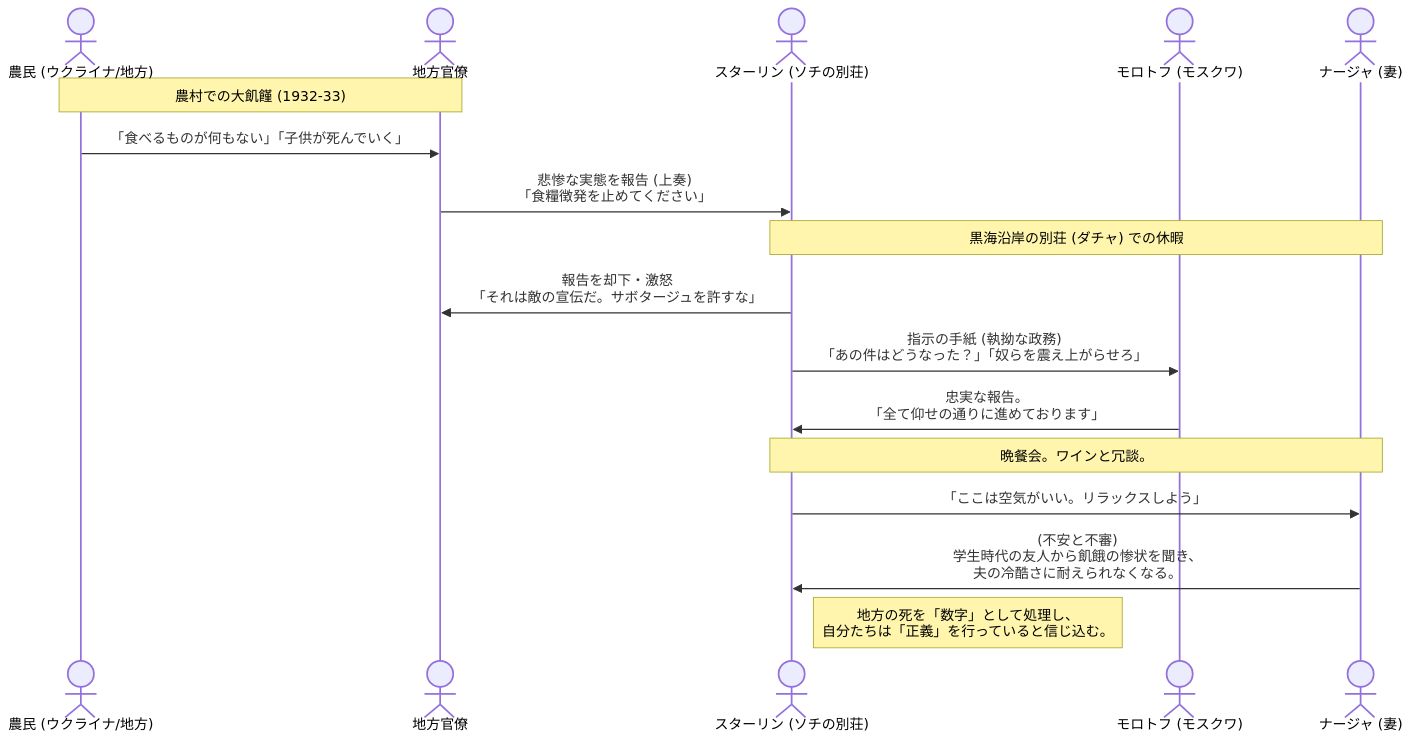
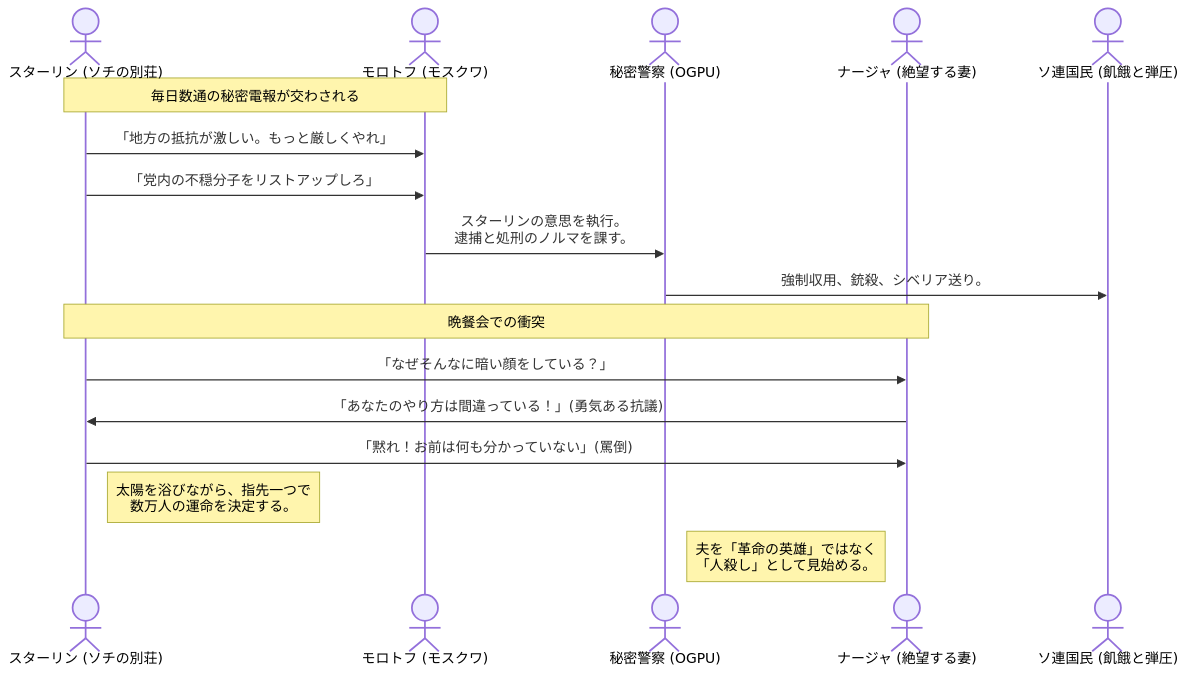
The diagram in 02_zettelkasten/21_domain/books/スターリン 赤い皇帝と廷臣たち/第4章 大飢饉と別荘暮らし.md (aokicreativeoffice/AokiCreativeOfficeGTD), drawn with Mermaid before and after one commit. The commit also changed other lines of this file and 1 other file, not shown here.

Commit message:
vault backup: 2026-03-26 14:05:38

````diff
--- a/02_zettelkasten/21_domain/books/スターリン 赤い皇帝と廷臣たち/第4章 大飢饉と別荘暮らし.md
+++ b/02_zettelkasten/21_domain/books/スターリン 赤い皇帝と廷臣たち/第4章 大飢饉と別荘暮らし.md
@@ -12,26 +12,24 @@
 ```mermaid
 sequenceDiagram
-    actor Peasant as 農民 (ウクライナ/地方)
-    actor LocalOfficial as 地方官僚
     actor Stalin as スターリン (ソチの別荘)
     actor Molotov as モロトフ (モスクワ)
-    actor Nadya as ナージャ (妻)
+    actor OGPU as 秘密警察 (OGPU)
+    actor Nadya as ナージャ (絶望する妻)
+    actor People as ソ連国民 (飢餓と弾圧)
 
-    Note over Peasant, LocalOfficial: 農村での大飢饉 (1932-33)
-    Peasant->>LocalOfficial: 「食べるものが何もない」「子供が死んでいく」
-    LocalOfficial->>Stalin: 悲惨な実態を報告 (上奏)<br/>「食糧徴発を止めてください」
+    Note over Stalin, Molotov: 毎日数通の秘密電報が交わされる
+    Stalin->>Molotov: 「地方の抵抗が激しい。もっと厳しくやれ」
+    Stalin->>Molotov: 「党内の不穏分子をリストアップしろ」
+    
+    Molotov->>OGPU: スターリンの意思を執行。<br/>逮捕と処刑のノルマを課す。
+    OGPU->>People: 強制収用、銃殺、シベリア送り。
+    
+    Note over Stalin, Nadya: 晩餐会での衝突
+    Stalin->>Nadya: 「なぜそんなに暗い顔をしている？」
+    Nadya->>Stalin: 「あなたのやり方は間違っている！」(勇気ある抗議)
+    Stalin->>Nadya: 「黙れ！お前は何も分かっていない」(罵倒)
 
-    Note over Stalin, Nadya: 黒海沿岸の別荘 (ダチャ) での休暇
-    Stalin->>LocalOfficial: 報告を却下・激怒<br/>「それは敵の宣伝だ。サボタージュを許すな」
-    
-    Stalin->>Molotov: 指示の手紙 (執拗な政務)<br/>「あの件はどうなった？」「奴らを震え上がらせろ」
-    Molotov->>Stalin: 忠実な報告。<br/>「全て仰せの通りに進めております」
-
-    Note over Stalin, Nadya: 晩餐会。ワインと冗談。
-    Stalin->>Nadya: 「ここは空気がいい。リラックスしよう」
-    Nadya->>Stalin: (不安と不審)<br/>学生時代の友人から飢餓の惨状を聞き、<br/>夫の冷酷さに耐えられなくなる。
-
-    Note right of Stalin: 地方の死を「数字」として処理し、<br/>自分たちは「正義」を行っていると信じ込む。
-
+    Note right of Stalin: 太陽を浴びながら、指先一つで<br/>数万人の運命を決定する。
+    Note left of Nadya: 夫を「革命の英雄」ではなく<br/>「人殺し」として見始める。
 
 ```
````
